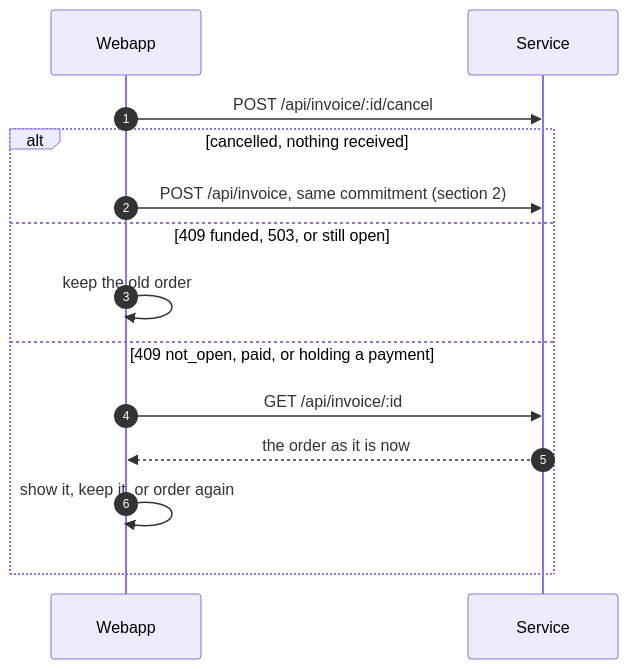
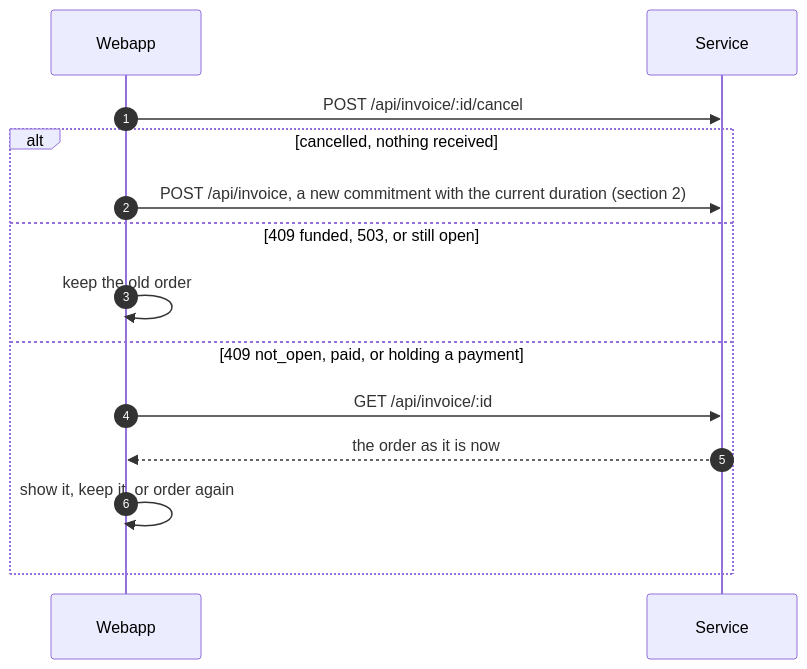
The sixth of 20 diagrams in plans/names-codes/2026-10-13-names-sequence.md (simplex-chat/simplex-chat), drawn with Mermaid before and after one commit. The commit also changed other lines of this file and 2 other files, not shown here.

Commit message:
plans: names docs follow the store API

````diff
--- a/plans/names-codes/2026-10-13-names-sequence.md
+++ b/plans/names-codes/2026-10-13-names-sequence.md
@@ -255,16 +249,16 @@
 ```mermaid
 sequenceDiagram
   autonumber
   participant W as Webapp
   participant S as Service
   W->>S: POST /api/invoice/:id/cancel
   alt cancelled, nothing received
-    W->>S: POST /api/invoice, same commitment (section 2)
+    W->>S: POST /api/invoice, a new commitment with the current duration (section 2)
   else 409 funded, 503, or still open
     W->>W: keep the old order
   else 409 not_open, paid, or holding a payment
     W->>S: GET /api/invoice/:id
     S-->>W: the order as it is now
     W->>W: show it, keep it, or order again
   end
 ```
````
